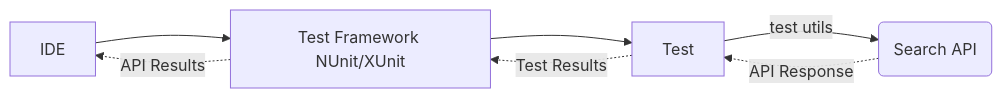
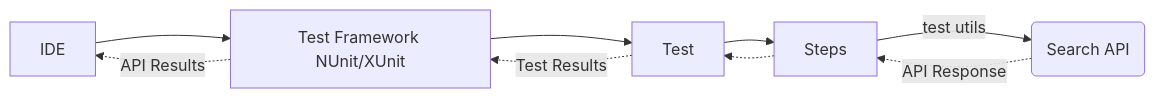
One commit to freemansoft/SimpleWebUITestEnvironment changed the third of 5 diagrams in README.md. Above: the diagram before and after it, drawn with Mermaid. The commit also changed other lines of this file, not shown here.

Commit message:
added steps to test flow

````diff
--- a/README.md
+++ b/README.md
@@ -90,8 +91,9 @@
 ```mermaid
 graph LR
-    IDE --> TestFramework[Test Framework NUnit/XUnit] --> Test -->|test utils| SearchApi(Search API);
-    SearchApi -.->|API Response| Test ;
+    IDE --> TestFramework[Test Framework NUnit/XUnit] --> Test --> Steps -->|test utils| SearchApi(Search API);
+    SearchApi -.->|API Response| Steps ;
+    Steps -.-> Test
     Test -.->|Test Results| TestFramework;
     TestFramework -.->|API Results| IDE;
 
 ```
````
